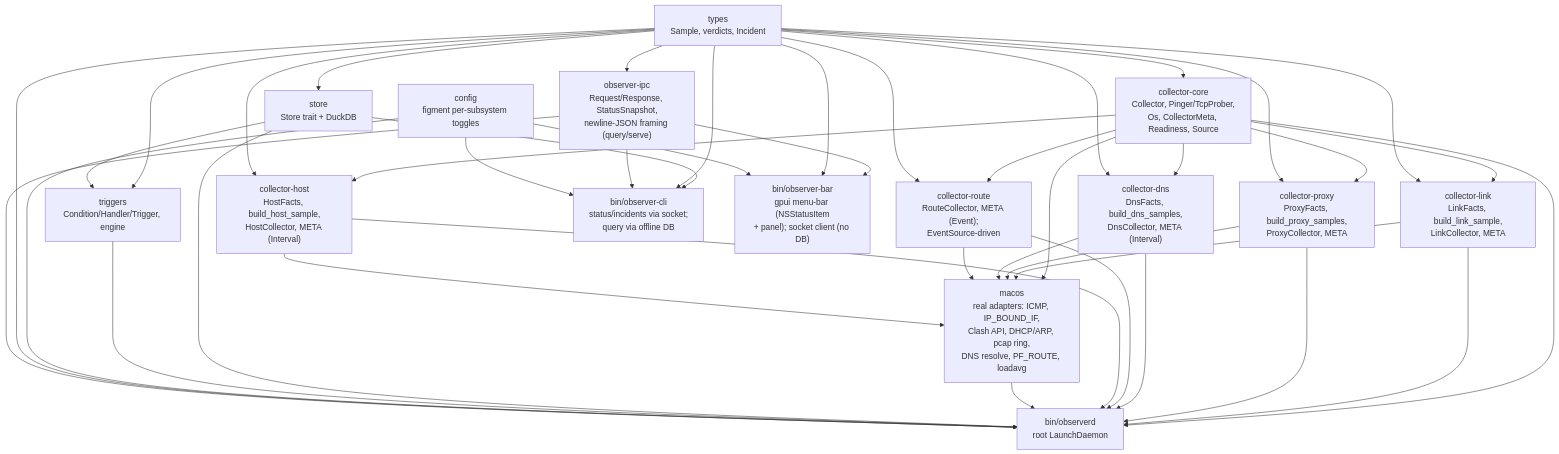
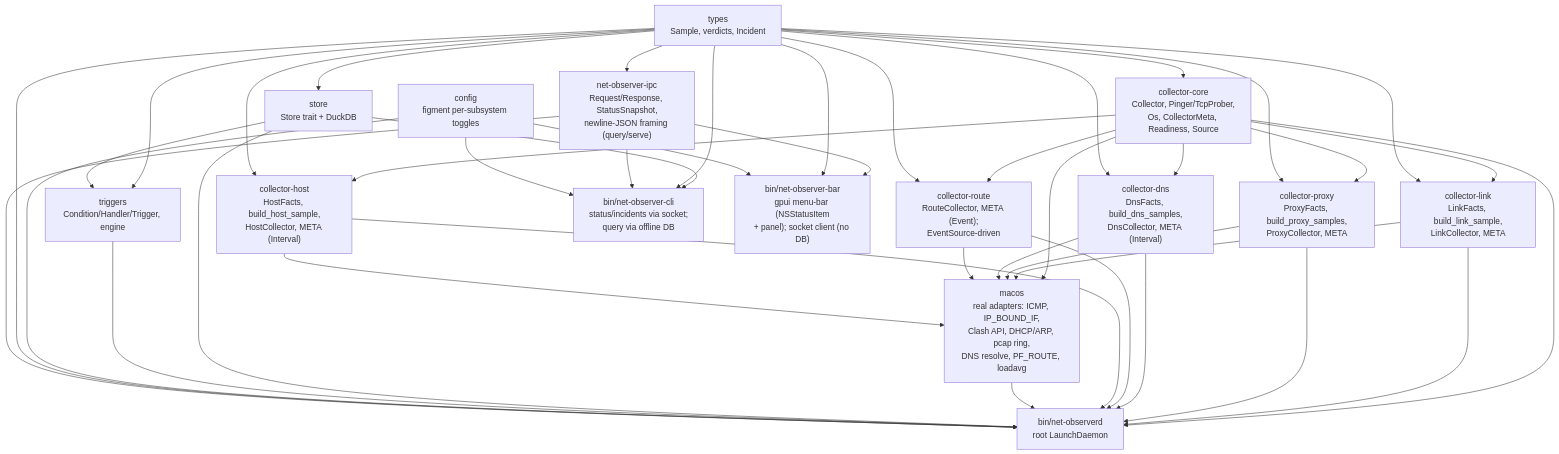
One commit to gurinderu/net-observer changed the second of 4 diagrams in ARCHITECTURE.md. Above: the diagram before and after it, drawn with Mermaid. The commit also changed other lines of this file and 26 other files, not shown here.

First line of the commit message:
refactor: rename the project and its crates to net-observer

````diff
--- a/ARCHITECTURE.md
+++ b/ARCHITECTURE.md
@@ -246,64 +246,64 @@
 ```mermaid
 graph TD
     types["types\nSample, verdicts, Incident"]
-    ipc["observer-ipc\nRequest/Response, StatusSnapshot,\nnewline-JSON framing (query/serve)"]
+    ipc["net-observer-ipc\nRequest/Response, StatusSnapshot,\nnewline-JSON framing (query/serve)"]
     store["store\nStore trait + DuckDB"]
     ccore["collector-core\nCollector, Pinger/TcpProber,\nOs, CollectorMeta, Readiness, Source"]
     clink["collector-link\nLinkFacts, build_link_sample,\nLinkCollector, META"]
     cproxy["collector-proxy\nProxyFacts, build_proxy_samples,\nProxyCollector, META"]
     cdns["collector-dns\nDnsFacts, build_dns_samples,\nDnsCollector, META (Interval)"]
     croute["collector-route\nRouteCollector, META (Event);\nEventSource-driven"]
     chost["collector-host\nHostFacts, build_host_sample,\nHostCollector, META (Interval)"]
     triggers["triggers\nCondition/Handler/Trigger, engine"]
     config["config\nfigment per-subsystem toggles"]
     macos["macos\nreal adapters: ICMP, IP_BOUND_IF,\nClash API, DHCP/ARP, pcap ring,\nDNS resolve, PF_ROUTE, loadavg"]
-    observerd["bin/observerd\nroot LaunchDaemon"]
-    cli["bin/observer-cli\nstatus/incidents via socket;\nquery <SQL> via offline DB"]
-    bar["bin/observer-bar\ngpui menu-bar (NSStatusItem\n+ panel); socket client (no DB)"]
+    net-observerd["bin/net-observerd\nroot LaunchDaemon"]
+    cli["bin/net-observer-cli\nstatus/incidents via socket;\nquery <SQL> via offline DB"]
+    bar["bin/net-observer-bar\ngpui menu-bar (NSStatusItem\n+ panel); socket client (no DB)"]
 
     types --> ccore
     types --> store
     types --> triggers
     types --> ipc
     ccore --> clink
     ccore --> cproxy
     ccore --> cdns
     ccore --> croute
     ccore --> chost
     types --> clink
     types --> cproxy
     types --> cdns
     types --> croute
     types --> chost
 
     ccore --> macos
     clink --> macos
     cproxy --> macos
     cdns --> macos
     croute --> macos
     chost --> macos
 
     store --> triggers
 
-    ccore --> observerd
-    clink --> observerd
-    cproxy --> observerd
-    cdns --> observerd
-    croute --> observerd
-    chost --> observerd
-    macos --> observerd
-    store --> observerd
-    triggers --> observerd
-    config --> observerd
-    types --> observerd
-    ipc --> observerd
+    ccore --> net-observerd
+    clink --> net-observerd
+    cproxy --> net-observerd
+    cdns --> net-observerd
+    croute --> net-observerd
+    chost --> net-observerd
+    macos --> net-observerd
+    store --> net-observerd
+    triggers --> net-observerd
+    config --> net-observerd
+    types --> net-observerd
+    ipc --> net-observerd
 
     store --> cli
     types --> cli
     ipc --> cli
     config --> cli
 
     ipc --> bar
     types --> bar
     config --> bar
 ```
````
